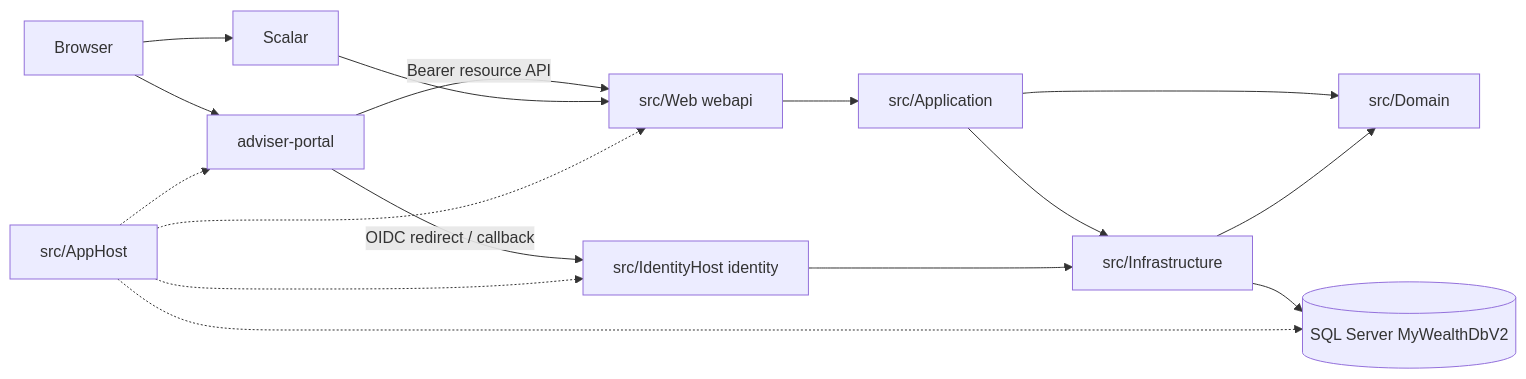
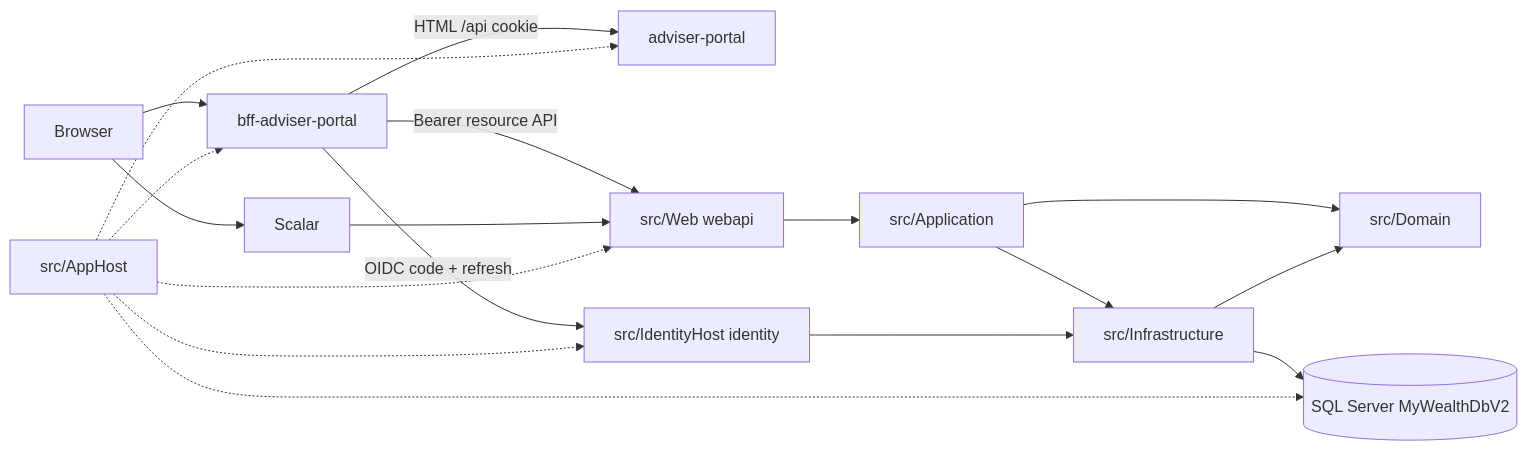
One commit to louis297/MyWealthV2 changed the diagram in docs/architecture.md. Above: the diagram before and after it, drawn with Mermaid. The commit also changed other lines of this file and 20 other files, not shown here.

````diff
--- a/docs/architecture.md
+++ b/docs/architecture.md
@@ -33,18 +33,20 @@
 ```mermaid
 flowchart LR
-  Browser[Browser] --> Portal[adviser-portal]
+  Browser[Browser] --> Bff[bff-adviser-portal]
   Browser --> Scalar[Scalar]
-  Portal -->|OIDC redirect / callback| Id[src/IdentityHost identity]
-  Portal -->|Bearer resource API| Web[src/Web webapi]
+  Bff -->|HTML /api cookie| Portal[adviser-portal]
+  Bff -->|OIDC code + refresh| Id[src/IdentityHost identity]
+  Bff -->|Bearer resource API| Web[src/Web webapi]
   Scalar --> Web
   Web --> App[src/Application]
   App --> Domain[src/Domain]
   App --> Infra[src/Infrastructure]
   Id --> Infra
   Infra --> Domain
   Infra --> Sql[(SQL Server MyWealthDbV2)]
   AppHost[src/AppHost] -.-> Id
   AppHost -.-> Web
   AppHost -.-> Sql
+  AppHost -.-> Bff
   AppHost -.-> Portal
 ```
````
